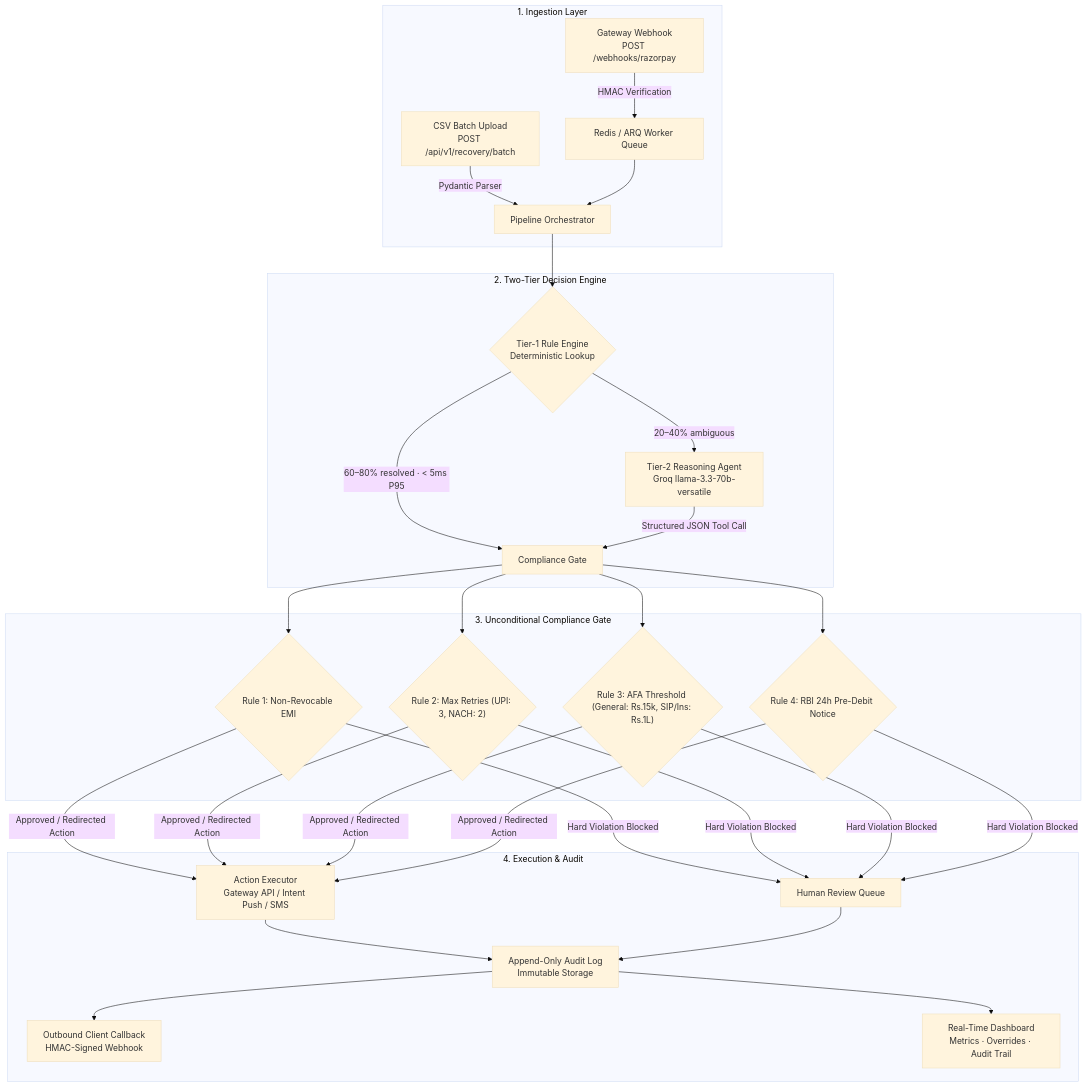
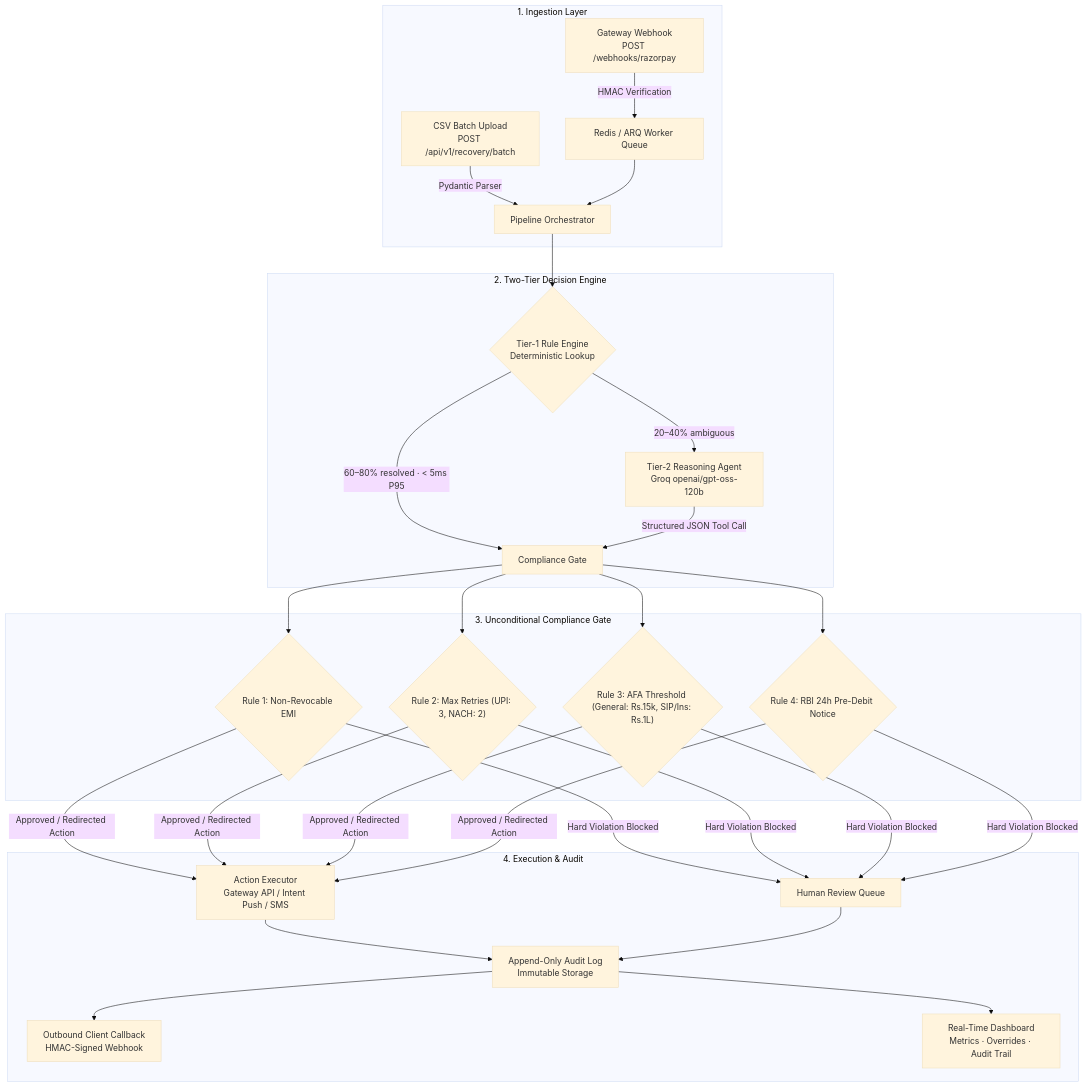
The first of 2 diagrams in README.md (AdityaWagh19/Aegis), drawn with Mermaid (base theme) before and after one commit. The commit also changed other lines of this file and 18 other files, not shown here.

````diff
--- a/README.md
+++ b/README.md
@@ -17,31 +27,31 @@
 ```mermaid
 flowchart TD
     subgraph INGESTION["1. Ingestion Layer"]
         WH["Gateway Webhook\nPOST /webhooks/razorpay"] -->|HMAC Verification| ARQ["Redis / ARQ Worker Queue"]
         CSV["CSV Batch Upload\nPOST /api/v1/recovery/batch"] -->|Pydantic Parser| ORCH["Pipeline Orchestrator"]
         ARQ --> ORCH
     end
 
     subgraph REASONING["2. Two-Tier Decision Engine"]
         ORCH --> T1{"Tier-1 Rule Engine\nDeterministic Lookup"}
         T1 -->|"60–80% resolved · < 5ms P95"| GATE["Compliance Gate"]
-        T1 -->|"20–40% ambiguous"| T2["Tier-2 Reasoning Agent\nGroq llama-3.3-70b-versatile"]
+        T1 -->|"20–40% ambiguous"| T2["Tier-2 Reasoning Agent\nGroq openai/gpt-oss-120b"]
         T2 -->|"Structured JSON Tool Call"| GATE
     end
 
     subgraph COMPLIANCE["3. Unconditional Compliance Gate"]
         GATE --> R1{"Rule 1: Non-Revocable EMI"}
         GATE --> R2{"Rule 2: Max Retries (UPI: 3, NACH: 2)"}
         GATE --> R3{"Rule 3: AFA Threshold (General: Rs.15k, SIP/Ins: Rs.1L)"}
         GATE --> R4{"Rule 4: RBI 24h Pre-Debit Notice"}
     end
 
     subgraph EXECUTION["4. Execution & Audit"]
         R1 & R2 & R3 & R4 -->|Approved / Redirected Action| EXEC["Action Executor\nGateway API / Intent Push / SMS"]
         R1 & R2 & R3 & R4 -->|Hard Violation Blocked| ESC["Human Review Queue"]
         EXEC --> AUDIT["Append-Only Audit Log\nImmutable Storage"]
         ESC --> AUDIT
         AUDIT --> CB["Outbound Client Callback\nHMAC-Signed Webhook"]
         AUDIT --> DASH["Real-Time Dashboard\nMetrics · Overrides · Audit Trail"]
     end
 ```
````
